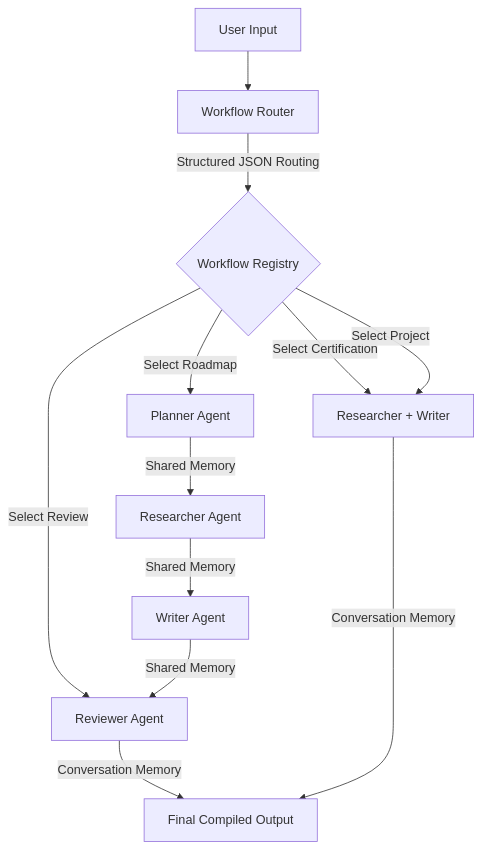
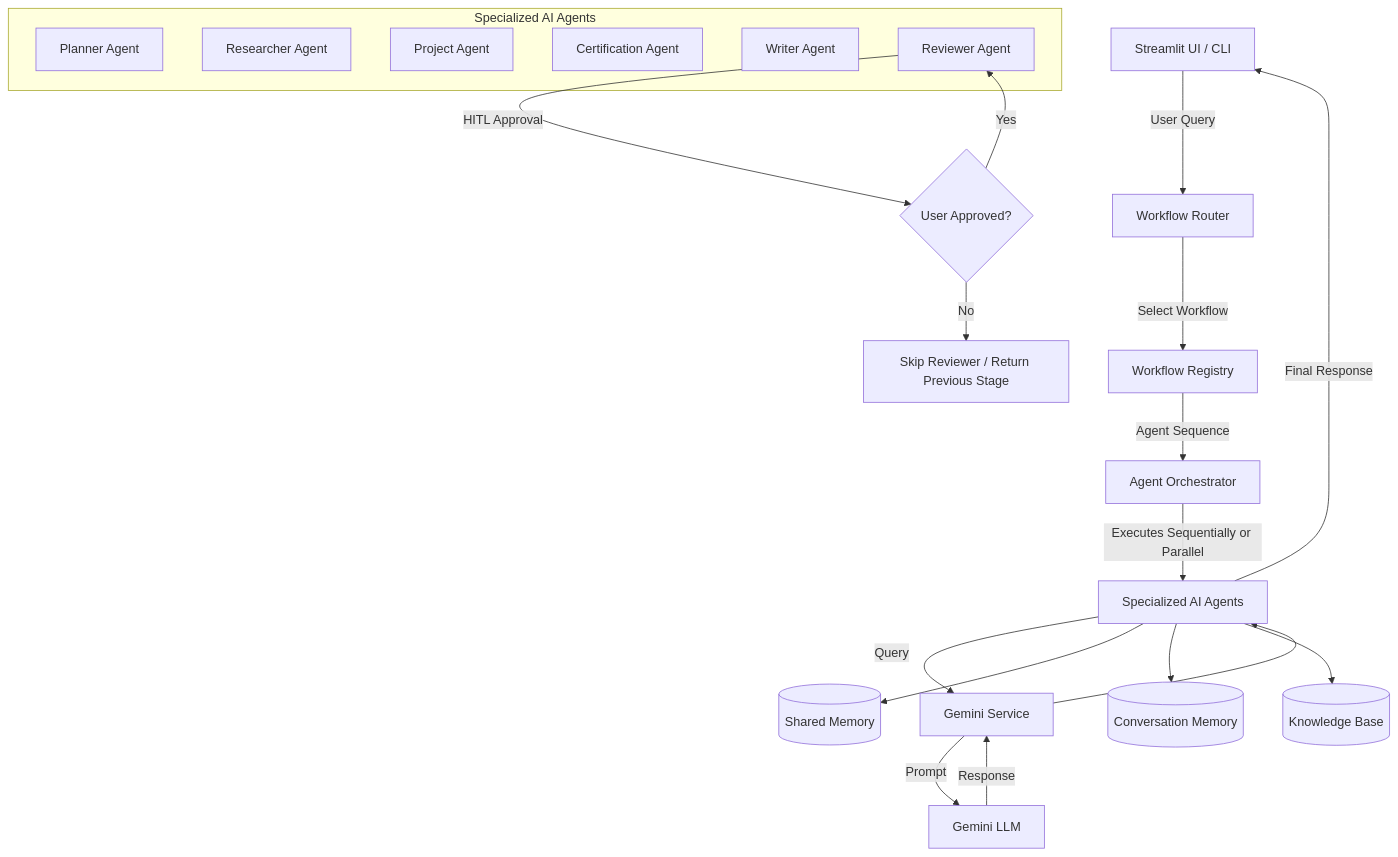
The diagram in README.md (soumadip-dev/AgentCareer), drawn with Mermaid before and after one commit. The commit also changed other lines of this file, not shown here.

````diff
--- a/README.md
+++ b/README.md
@@ -41,25 +55,31 @@
 ```mermaid
 graph TD
+    A[Streamlit UI / CLI] -->|User Query| B[Workflow Router]
+    B -->|Select Workflow| C[Workflow Registry]
+    C -->|Agent Sequence| D[Agent Orchestrator]
+    D -->|Executes Sequentially or Parallel| E[Specialized AI Agents]
 
-A[User Input] --> B[Workflow Router]
+    subgraph Agents [Specialized AI Agents]
+        E1[Planner Agent]
+        E2[Researcher Agent]
+        E3[Project Agent]
+        E4[Certification Agent]
+        E5[Writer Agent]
+        E6[Reviewer Agent]
+    end
 
-B -->|Structured JSON Routing| C{Workflow Registry}
+    E -->|Query| F[Gemini Service]
+    F -->|Prompt| G[Gemini LLM]
+    G -->|Response| F
+    F --> E
 
-C -->|Select Roadmap| D[Planner Agent]
+    E --> H[(Shared Memory)]
+    E --> I[(Conversation Memory)]
+    E --> J[(Knowledge Base)]
 
-C -->|Select Certification| E[Researcher + Writer]
+    E6 -->|HITL Approval| K{User Approved?}
+    K -->|Yes| E6
+    K -->|No| L[Skip Reviewer / Return Previous Stage]
 
-C -->|Select Project| E
-
-C -->|Select Review| F[Reviewer Agent]
-
-D -->|Shared Memory| G[Researcher Agent]
-
-G -->|Shared Memory| H[Writer Agent]
-
-H -->|Shared Memory| F
-
-F -->|Conversation Memory| I[Final Compiled Output]
-
-E -->|Conversation Memory| I
+    E -->|Final Response| A
 ```
````
